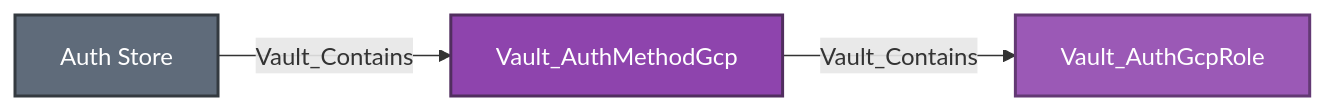
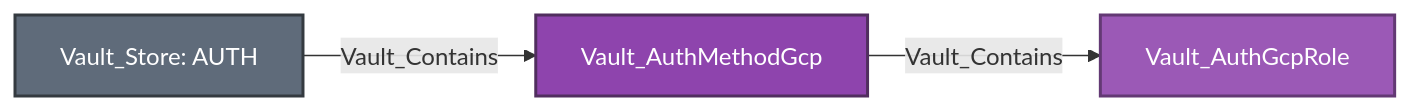
Before and after one commit to bytewreck/opengraph-vault: diagram 11 of 28 in Documentation/stores/AUTH.md, drawn with Mermaid. The commit also changed other lines of this file, not shown here.

````diff
--- a/Documentation/stores/AUTH.md
+++ b/Documentation/stores/AUTH.md
@@ -569,9 +569,9 @@
 ```mermaid
 flowchart LR
-    store[Auth Store]:::storeNode -->|Vault_Contains| method[Vault_AuthMethodGcp]:::authMethodNode
+    store[Vault_Store: AUTH]:::storeNode -->|Vault_Contains| method[Vault_AuthMethodGcp]:::authMethodNode
     method -->|Vault_Contains| role[Vault_AuthGcpRole]:::authRoleNode
 
     classDef storeNode fill:#5F6B7A,color:#fff,stroke:#343A40,stroke-width:2px
     classDef authMethodNode fill:#8E44AD,color:#fff,stroke:#512E5F,stroke-width:2px
     classDef authRoleNode fill:#9B59B6,color:#fff,stroke:#633974,stroke-width:2px
 ```
````
